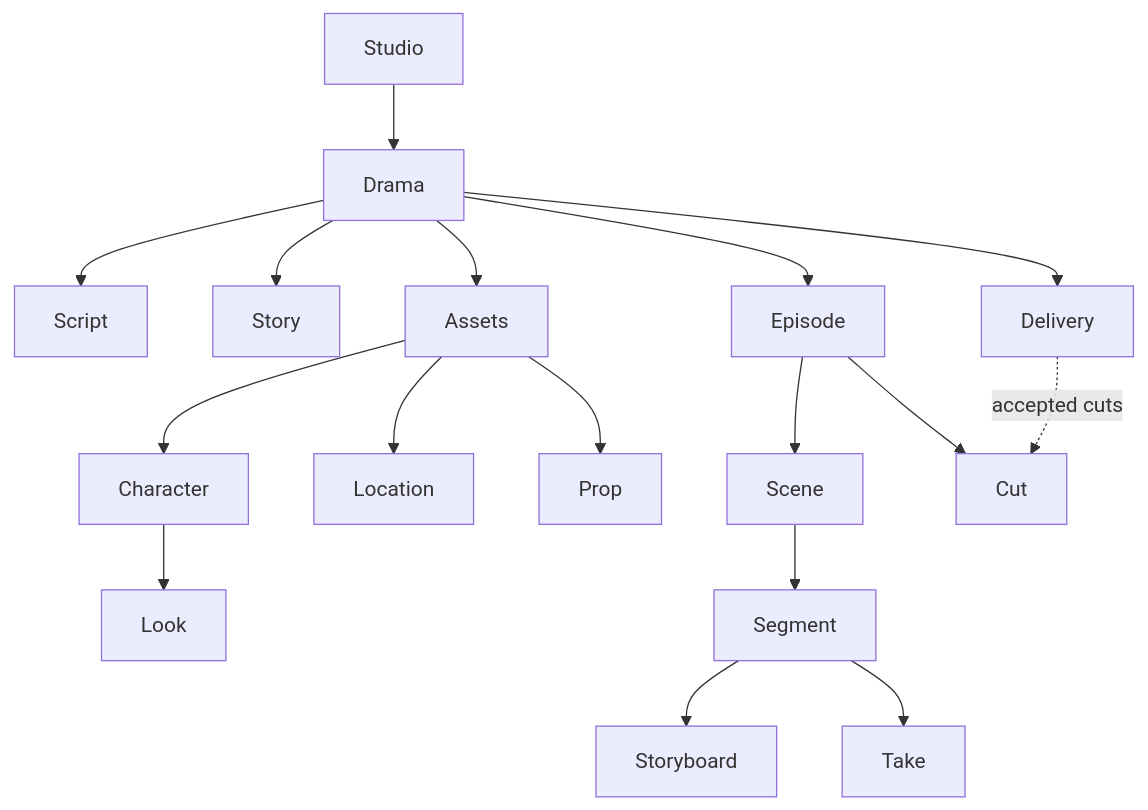
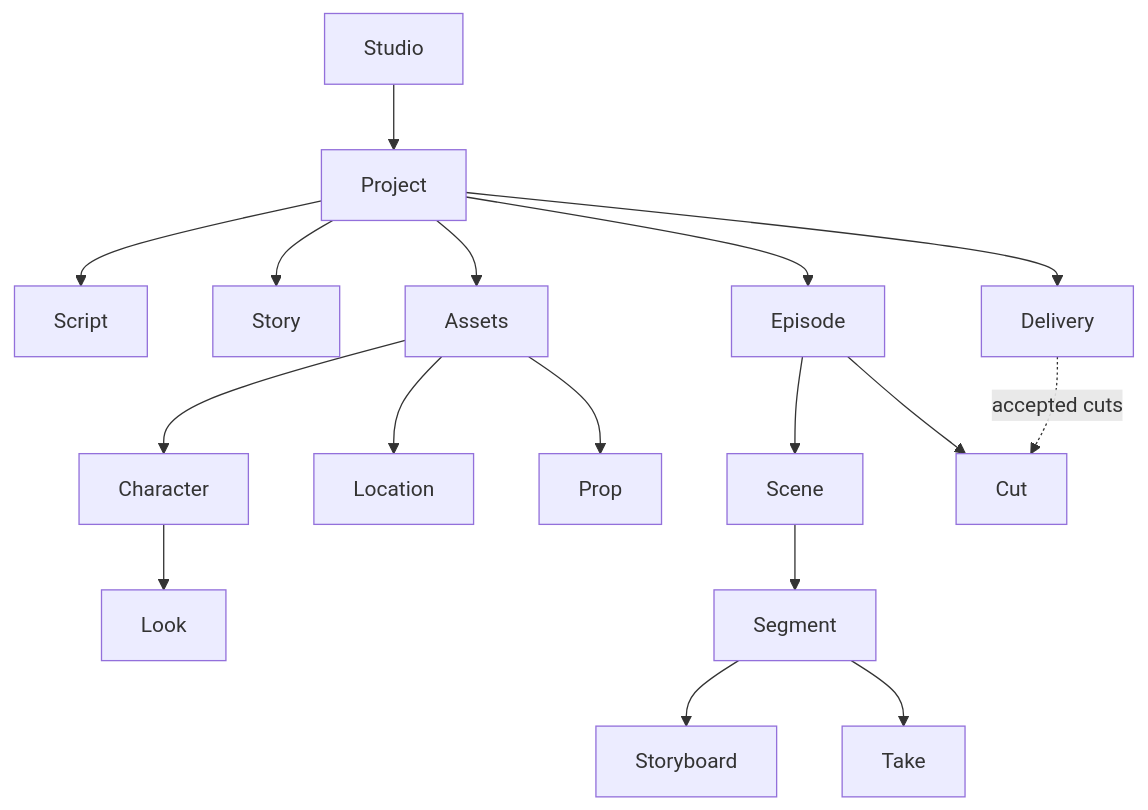
The diagram in docs/glossary.md (PineComputer/open-pinedrama), drawn with Mermaid before and after one commit. The commit also changed other lines of this file and 4 other files, not shown here.

````diff
--- a/docs/glossary.md
+++ b/docs/glossary.md
@@ -14,17 +14,17 @@
 ```mermaid
 flowchart TB
-  Studio --> Drama
-  Drama --> Script
-  Drama --> Story
-  Drama --> Assets
+  Studio --> Project
+  Project --> Script
+  Project --> Story
+  Project --> Assets
   Assets --> Character --> Look
   Assets --> Location
   Assets --> Prop
-  Drama --> Episode
+  Project --> Episode
   Episode --> Scene --> Segment
   Segment --> Storyboard
   Segment --> Take
   Episode --> Cut
-  Drama --> Delivery
+  Project --> Delivery
   Delivery -. accepted cuts .-> Cut
 ```
````
